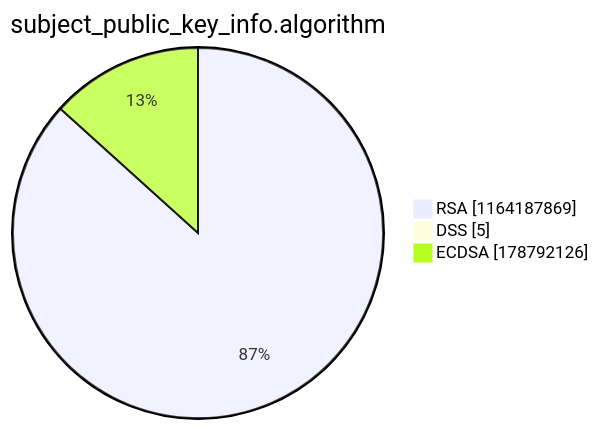
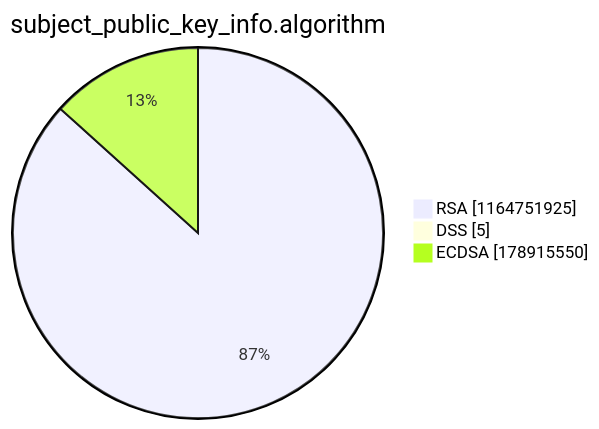
One commit to christiankrug/ctmonitor_visualization changed the third of 15 diagrams in argon2022/README.md. Above: the diagram before and after it, drawn with Mermaid. The commit also changed other lines of this file, not shown here.

````diff
--- a/argon2022/README.md
+++ b/argon2022/README.md
@@ -14,7 +14,7 @@
 ```mermaid
 pie showData
 title subject_public_key_info.algorithm
-"RSA" :1164187869
+"RSA" :1164751925
 "DSS" :5
-"ECDSA" :178792126
+"ECDSA" :178915550
 ```
````
